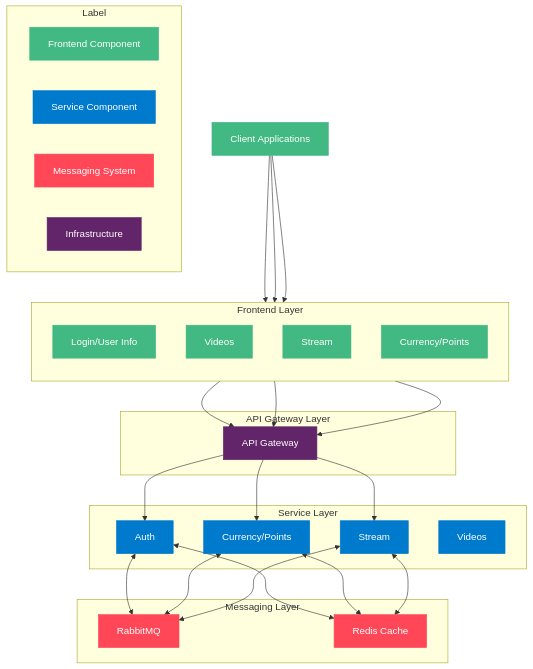
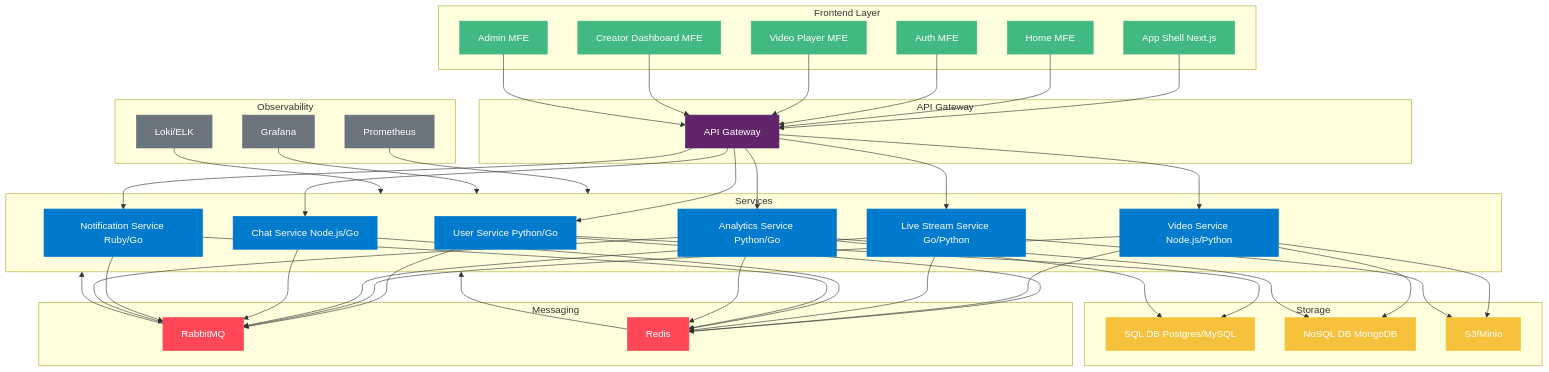
One commit to KozielGPC/video-streaming-app changed the diagram in README.md. Above: the diagram before and after it, drawn with Mermaid. The commit also changed other lines of this file and 13 other files, not shown here.

````diff
--- a/README.md
+++ b/README.md
@@ -20,47 +130,58 @@
-``` mermaid
+```mermaid
 flowchart TD
+    subgraph Frontend Layer
+        AppShell[App Shell Next.js]:::frontend
+        Home[Home MFE]:::frontend
+        Auth[Auth MFE]:::frontend
+        Player[Video Player MFE]:::frontend
+        Creator[Creator Dashboard MFE]:::frontend
+        Admin[Admin MFE]:::frontend
+    end
+
+    subgraph API Gateway
+        Gateway[API Gateway]:::infra
+    end
+
+    subgraph Services
+        User[User Service Python/Go]:::service
+        Video[Video Service Node.js/Python]:::service
+        Live[Live Stream Service Go/Python]:::service
+        Chat[Chat Service Node.js/Go]:::service
+        Notify[Notification Service Ruby/Go]:::service
+        Analytics[Analytics Service Python/Go]:::service
+    end
+
+    subgraph Messaging
+        RMQ[RabbitMQ]:::messaging
+        Redis[Redis]:::messaging
+    end
+
+    subgraph Storage
+        SQL[SQL DB Postgres/MySQL]:::storage
+        NoSQL[NoSQL DB MongoDB]:::storage
+        S3[S3/Minio]:::storage
+    end
+
+    subgraph Observability
+        Prom[Prometheus]:::obs
+        Graf[Grafana]:::obs
+        Loki[Loki/ELK]:::obs
+    end
+
+    AppShell & Home & Auth & Player & Creator & Admin --> Gateway
+    Gateway --> User & Video & Live & Chat & Notify & Analytics
+    User & Video & Live & Chat & Notify & Analytics --> RMQ
+    User & Video & Live & Chat & Notify & Analytics --> Redis
+    Video & Live --> S3
+    User --> SQL
+    Video --> NoSQL
+    Analytics --> SQL & NoSQL
+    RMQ & Redis --> Services
+    Prom & Graf & Loki --> Services
     classDef frontend fill:#42b883,color:#fff,stroke:#42b883
     classDef service fill:#007acc,color:#fff,stroke:#007acc
     classDef messaging fill:#ff4757,color:#fff,stroke:#ff4757
     classDef infra fill:#622569,color:#fff,stroke:#622569
-
-    Client[Client Applications]:::frontend
-
-    subgraph Frontend["Frontend Layer"]
-        direction TB
-        MF1[Login/User Info]:::frontend
-        MF2[Videos]:::frontend
-        MF3[Stream]:::frontend
-        MF4[Currency/Points]:::frontend
-    end
-
-    subgraph Gateway["API Gateway Layer"]
-        AG[API Gateway]:::infra
-    end
-
-    subgraph Services["Service Layer"]
-        MS1[Auth]:::service
-        MS2[Currency/Points]:::service
-        MS3[Stream]:::service
-        MS4[Videos]:::service
-    end
-
-    subgraph Messaging["Messaging Layer"]
-        RMQ[RabbitMQ]:::messaging
-        Redis[Redis Cache]:::messaging
-    end
-
-    Client --> MF1 & MF2 & MF3
-    MF1 & MF2 & MF3 --> AG
-    AG --> MS1 & MS2 & MS3
-    MS1 & MS2 & MS3 <--> RMQ
-    MS1 & MS2 & MS3 <--> Redis
-
-    %% Label
-    subgraph Label["Label"]
-        F[Frontend Component]:::frontend
-        S[Service Component]:::service
-        M[Messaging System]:::messaging
-        I[Infrastructure]:::infra
-    end
+    classDef storage fill:#f6c23e,color:#fff,stroke:#f6c23e
+    classDef obs fill:#6c757d,color:#fff,stroke:#6c757d
 ```
````
